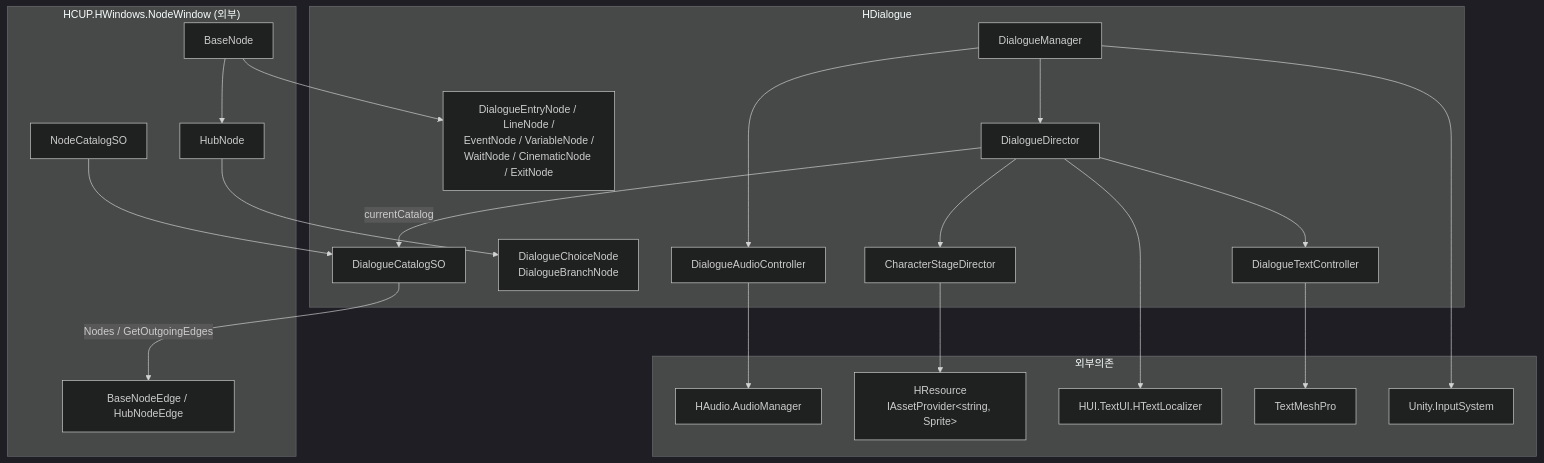
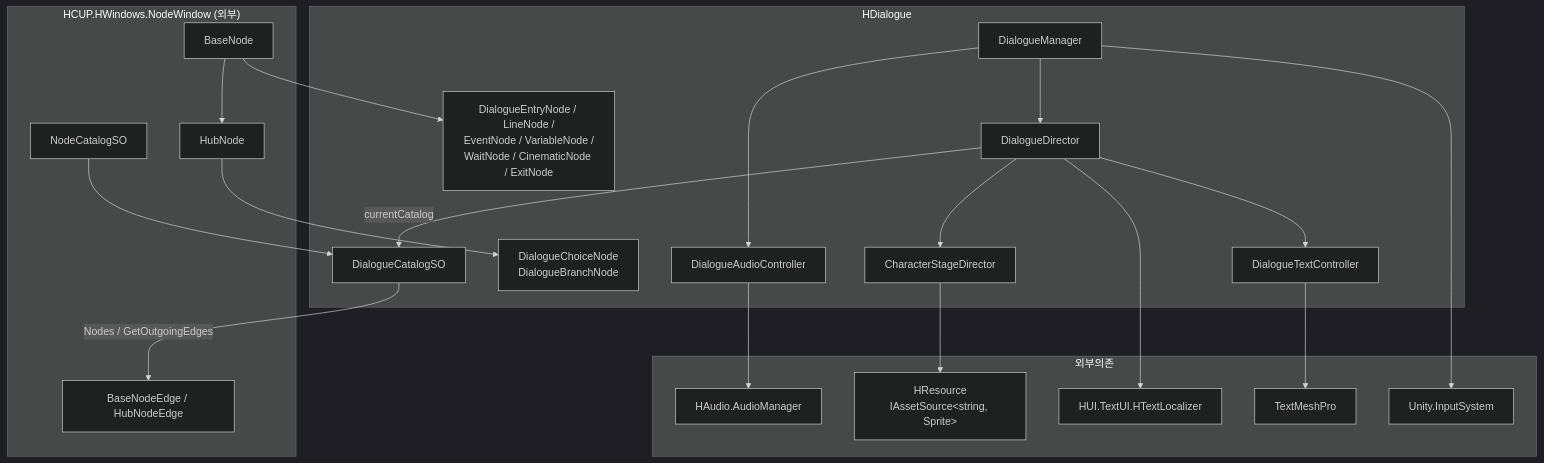
Before and after one commit to HoHong123/HCUP-Unity: the second of 6 diagrams in HDialogue/Runtime/README.md, drawn with Mermaid (dark theme). The commit also changed other lines of this file, not shown here.

````diff
--- a/HDialogue/Runtime/README.md
+++ b/HDialogue/Runtime/README.md
@@ -152,45 +152,45 @@
 ```mermaid
 flowchart TD
     subgraph HWindows["HCUP.HWindows.NodeWindow (외부)"]
     NCS["NodeCatalogSO"]
     BN["BaseNode"]
     HN["HubNode"]
     BNE["BaseNodeEdge / HubNodeEdge"]
     end
 
     subgraph HDialogue
     CAT["DialogueCatalogSO"]
     N1["DialogueEntryNode / LineNode /<br/>EventNode / VariableNode /<br/>WaitNode / CinematicNode / ExitNode"]
     N2["DialogueChoiceNode<br/>DialogueBranchNode"]
     DIR["DialogueDirector"]
     MGR["DialogueManager"]
     TC["DialogueTextController"]
     SD["CharacterStageDirector"]
     AC["DialogueAudioController"]
     end
 
     subgraph 외부의존
     HA["HAudio.AudioManager"]
-    HR["HResource<br/>IAssetProvider&lt;string, Sprite&gt;"]
+    HR["HResource<br/>IAssetSource&lt;string, Sprite&gt;"]
     HL["HUI.TextUI.HTextLocalizer"]
     TMP["TextMeshPro"]
     IS["Unity.InputSystem"]
     end
 
     NCS --> CAT
     BN --> N1
     BN --> HN
     HN --> N2
     CAT -->|"Nodes / GetOutgoingEdges"| BNE
 
     MGR --> DIR
     DIR -->|"currentCatalog"| CAT
     DIR --> TC
     DIR --> SD
     MGR --> AC
     AC --> HA
     SD --> HR
     DIR --> HL
     TC --> TMP
     MGR --> IS
 ```
````
